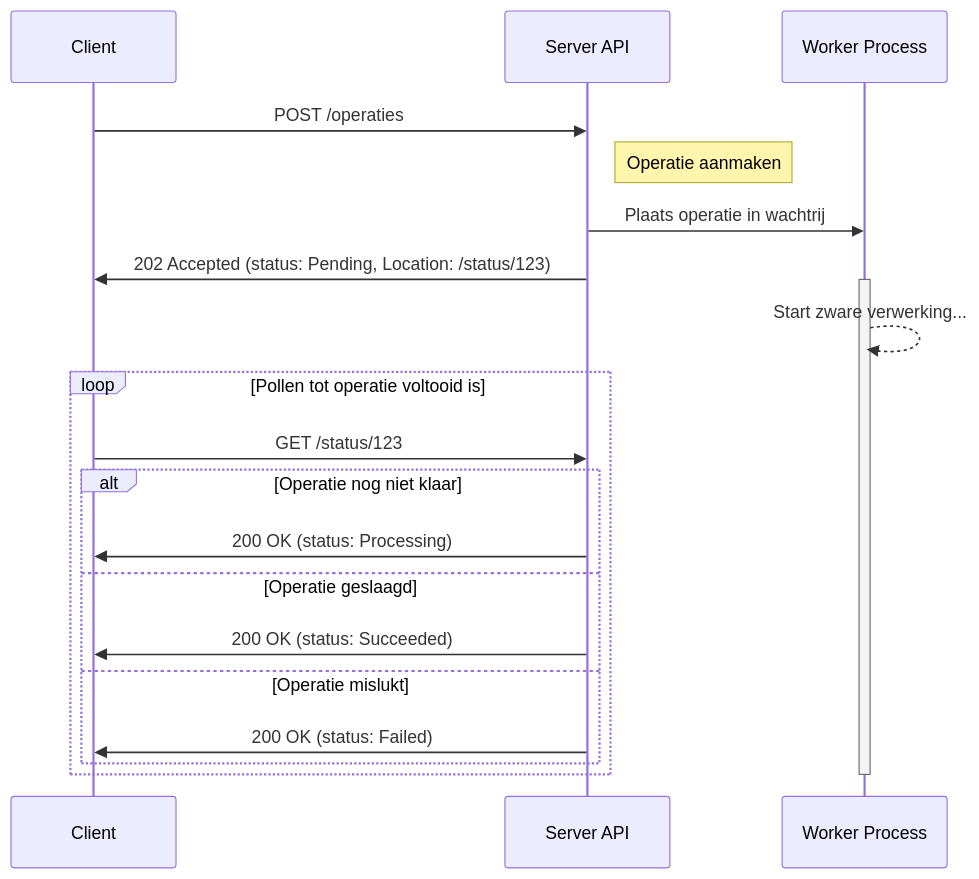
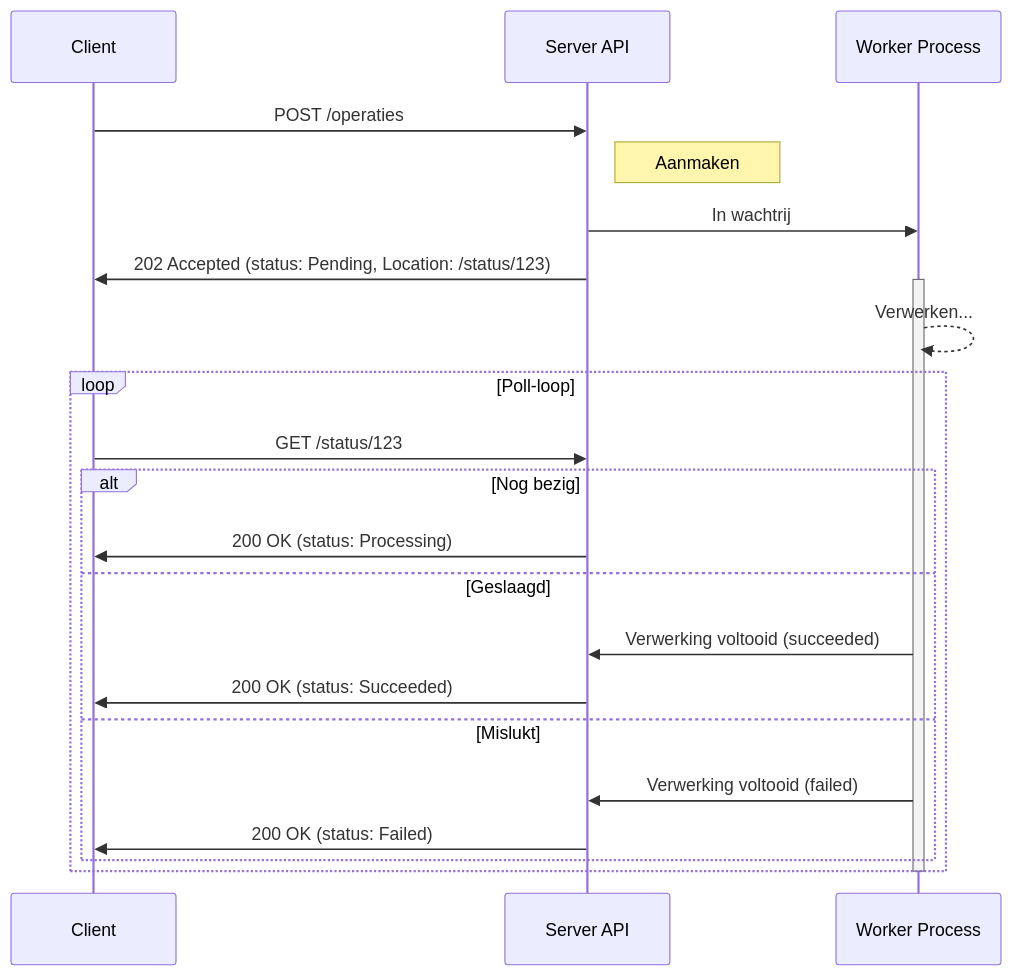
The diagram in docs/api-ontwikkeling/architectuur/async-request-reply.md (developer-overheid-nl/don-site), drawn with Mermaid before and after one commit. The commit also changed other lines of this file, not shown here.

Commit message:
Extra lijn toegevoegd, use cases naar voren gehaald

````diff
--- a/docs/api-ontwikkeling/architectuur/async-request-reply.md
+++ b/docs/api-ontwikkeling/architectuur/async-request-reply.md
@@ -56,26 +59,28 @@
 ```mermaid
 sequenceDiagram
     participant Client
     participant Server API
     participant Worker Process
 
   Client->>Server API: POST /operaties
-  note right of Server API: Operatie aanmaken
-  Server API->>Worker Process: Plaats operatie in wachtrij
+  note right of Server API: Aanmaken
+  Server API->>Worker Process: In wachtrij
     Server API->>Client: 202 Accepted (status: Pending, Location: /status/123)
 
     activate Worker Process
-        Worker Process-->>Worker Process: Start zware verwerking...
+        Worker Process-->>Worker Process: Verwerken...
 
-    loop Pollen tot operatie voltooid is
+    loop Poll-loop
             Client->>Server API: GET /status/123
-      alt Operatie nog niet klaar
+      alt Nog bezig
                 Server API->>Client: 200 OK (status: Processing)
-      else Operatie geslaagd
+      else Geslaagd
+                Worker Process->>Server API: Verwerking voltooid (succeeded)
                 Server API->>Client: 200 OK (status: Succeeded)
-      else Operatie mislukt
+      else Mislukt
+                Worker Process->>Server API: Verwerking voltooid (failed)
                 Server API->>Client: 200 OK (status: Failed)
             end
         end
     deactivate Worker Process
 ```
````
